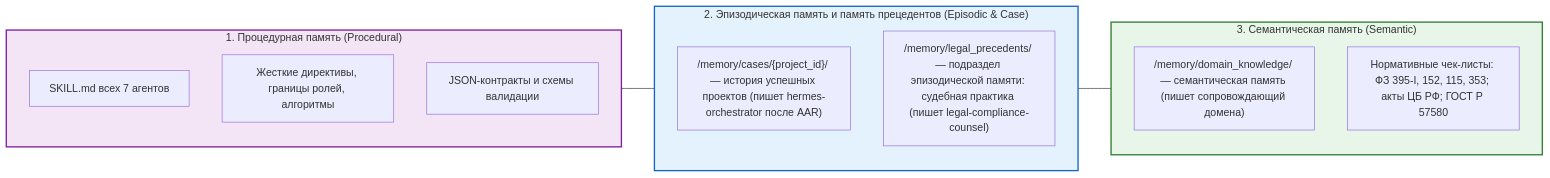
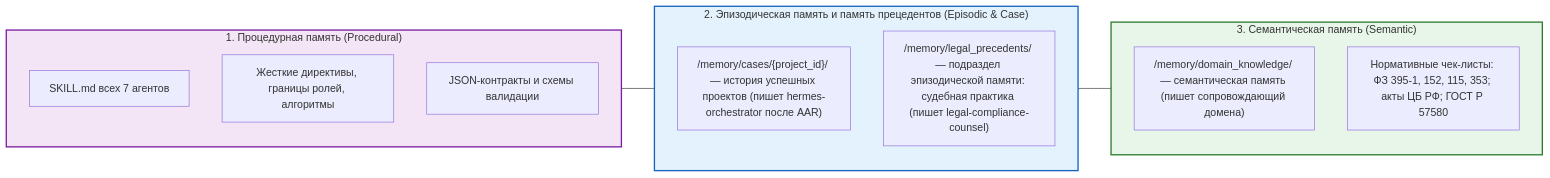
One commit to DenisZakharov2/hermes-protocol-team changed the diagram in docs/diagrams/memory-hierarchy.mmd. Above: the diagram before and after it, drawn with Mermaid. The commit also changed 1 other file, not shown here.

Commit message:
docs: fix the law number and align the quality gate diagram (M6.3, M6.4)

```diff
--- a/docs/diagrams/memory-hierarchy.mmd
+++ b/docs/diagrams/memory-hierarchy.mmd
@@ -1,25 +1,25 @@
 %% Трехуровневая память Hermes Protocol
 
 flowchart LR
     subgraph PM["1. Процедурная память (Procedural)"]
         PM1[SKILL.md всех 7 агентов]
         PM2[Жесткие директивы, границы ролей, алгоритмы]
         PM3[JSON-контракты и схемы валидации]
     end
 
     subgraph EM["2. Эпизодическая память и память прецедентов (Episodic & Case)"]
         EM1["/memory/cases/{project_id}/ — история успешных проектов (пишет hermes-orchestrator после AAR)"]
         EM2["/memory/legal_precedents/ — подраздел эпизодической памяти: судебная практика (пишет legal-compliance-counsel)"]
     end
 
     subgraph SM["3. Семантическая память (Semantic)"]
         SM1["/memory/domain_knowledge/ — семантическая память (пишет сопровождающий домена)"]
-        SM2[Нормативные чек-листы: ФЗ 395-I, 152, 115, 353; акты ЦБ РФ; ГОСТ Р 57580]
+        SM2[Нормативные чек-листы: ФЗ 395-1, 152, 115, 353; акты ЦБ РФ; ГОСТ Р 57580]
     end
 
     PM --- EM
     EM --- SM
 
     style PM fill:#f3e5f5,stroke:#7b1fa2,stroke-width:2px
     style EM fill:#e3f2fd,stroke:#1565c0,stroke-width:2px
     style SM fill:#e8f5e9,stroke:#2e7d32,stroke-width:2px
```
